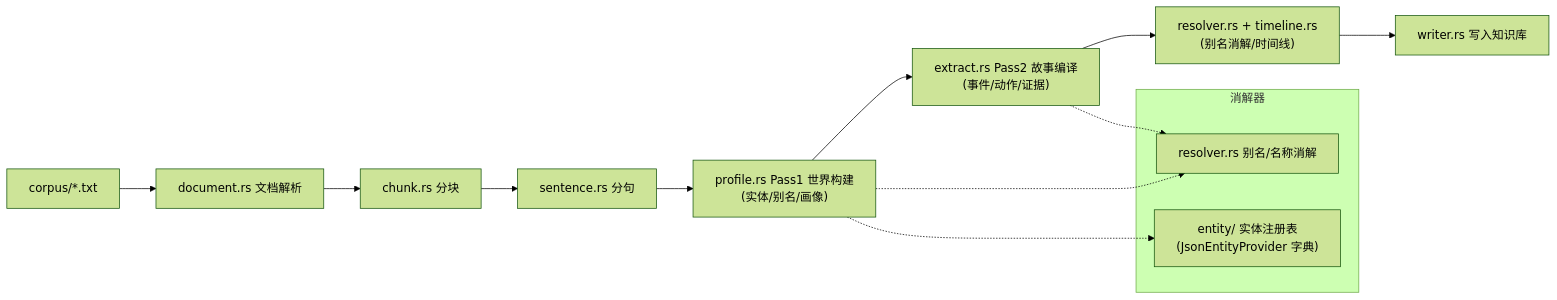
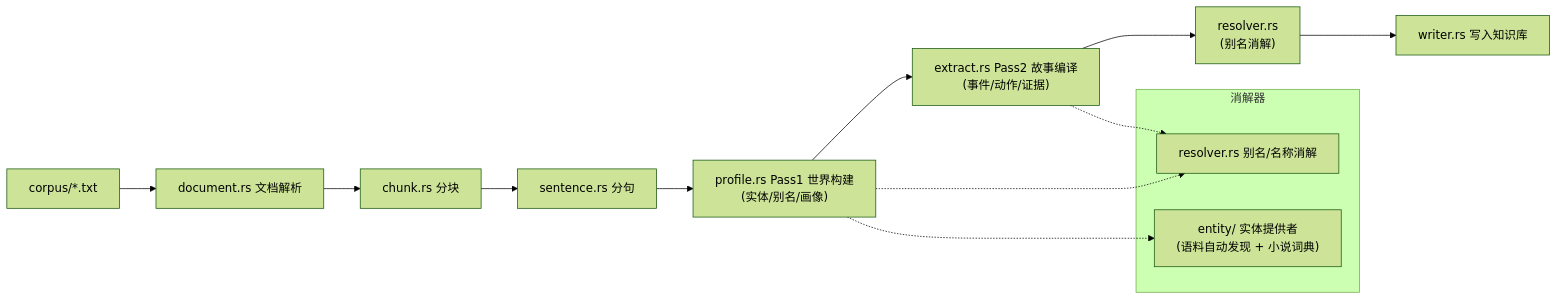
The fourth of 7 diagrams in docs/zh/architecture.md (Timwood0x10/Mnemosyne), drawn with Mermaid (forest theme) before and after one commit. The commit also changed other lines of this file and 24 other files, not shown here.

Commit message:
refactor(store and compiler): unify SQL LIKE escaping and LIMIT logic, merge duplicate JSON loading, fix async blocking and flaky tests, and sync the docs on entity providers and vector retrieval

````diff
--- a/docs/zh/architecture.md
+++ b/docs/zh/architecture.md
@@ -116,19 +116,19 @@
 ```mermaid
 flowchart LR
     A["corpus/*.txt"] --> B["document.rs 文档解析"]
     B --> C["chunk.rs 分块"]
     C --> D["sentence.rs 分句"]
     D --> E["profile.rs Pass1 世界构建<br/>(实体/别名/画像)"]
     E --> F["extract.rs Pass2 故事编译<br/>(事件/动作/证据)"]
-    F --> G["resolver.rs + timeline.rs<br/>(别名消解/时间线)"]
+    F --> G["resolver.rs<br/>(别名消解)"]
     G --> H["writer.rs 写入知识库"]
 
     subgraph 消解器
         A1["resolver.rs 别名/名称消解"]
-        A3["entity/ 实体注册表<br/>(JsonEntityProvider 字典)"]
+        A3["entity/ 实体提供者<br/>(语料自动发现 + 小说词典)"]
     end
 
     E -.-> A1
     E -.-> A3
     F -.-> A1
 ```
````
